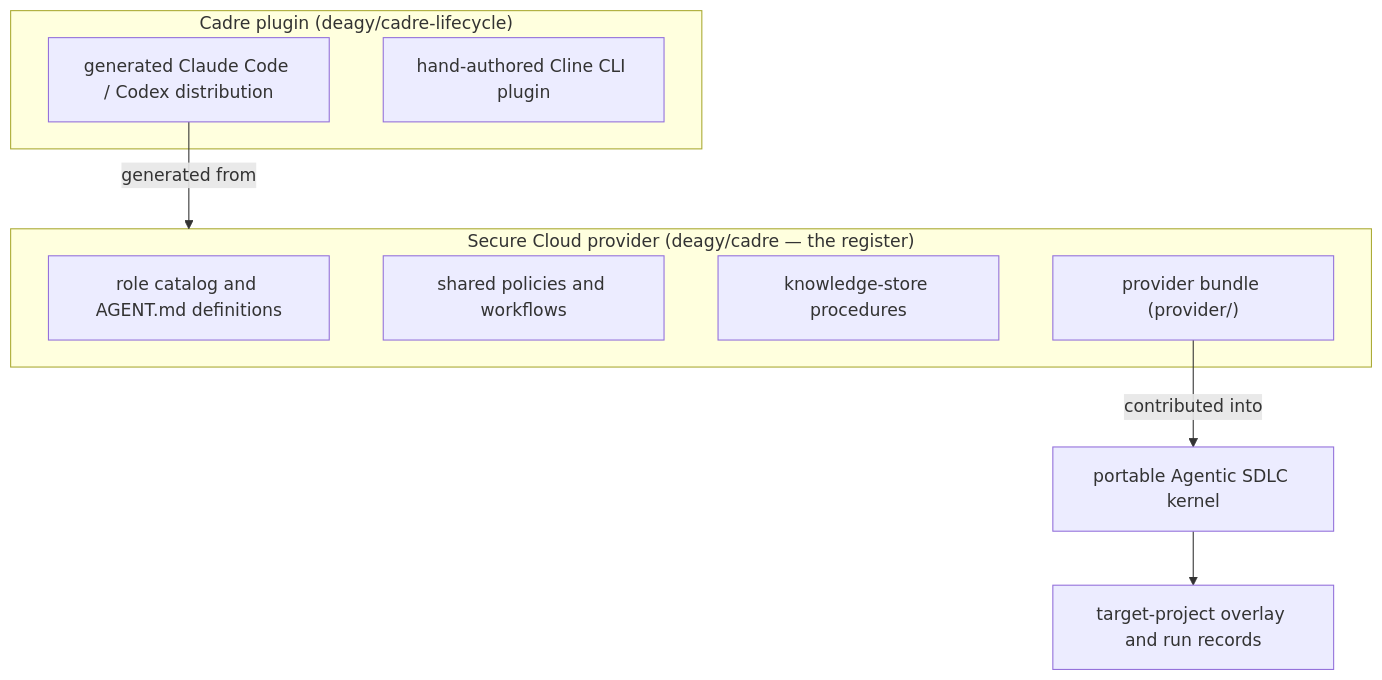
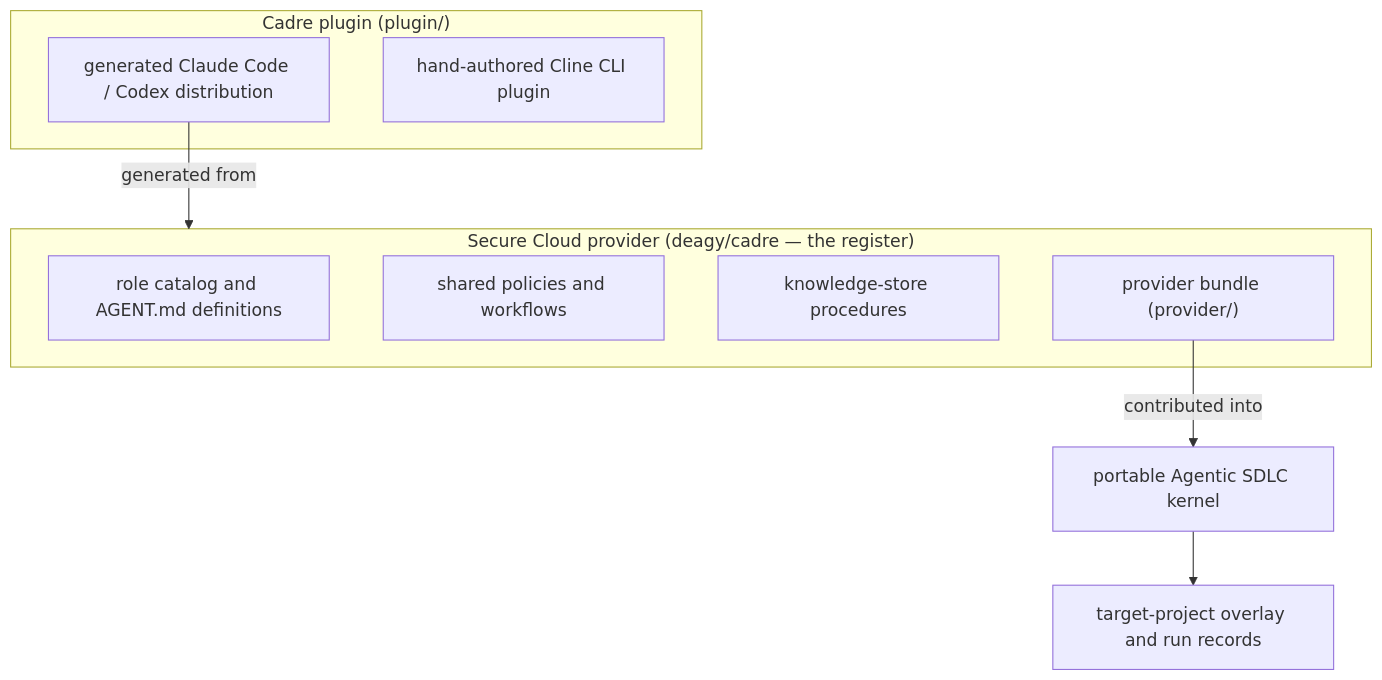
One commit to deagy/agents changed the diagram in docs/terminology.md. Above: the diagram before and after it, drawn with Mermaid. The commit also changed 298 other files, not shown here.

````diff
--- a/docs/terminology.md
+++ b/docs/terminology.md
@@ -32,19 +32,19 @@
 ```mermaid
 graph TD
     K["portable Agentic SDLC kernel"] --> O["target-project overlay and run records"]
 
     subgraph P["Secure Cloud provider (deagy/cadre — the register)"]
         P1["role catalog and AGENT.md definitions"]
         P2["shared policies and workflows"]
         P3["knowledge-store procedures"]
         P4["provider bundle (provider/)"]
     end
 
-    subgraph L["Cadre plugin (deagy/cadre-lifecycle)"]
+    subgraph L["Cadre plugin (plugin/)"]
         L1["generated Claude Code / Codex distribution"]
         L2["hand-authored Cline CLI plugin"]
     end
 
     P4 -- "contributed into" --> K
     L1 -- "generated from" --> P
 ```
````
